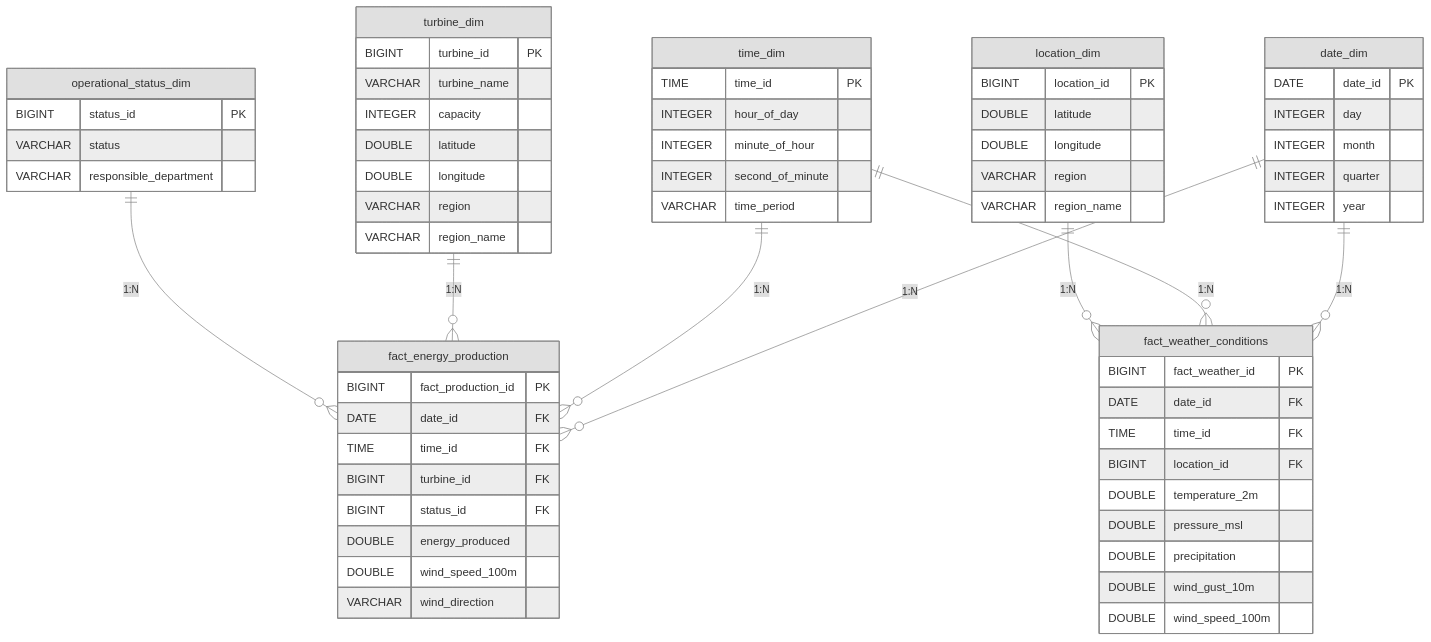
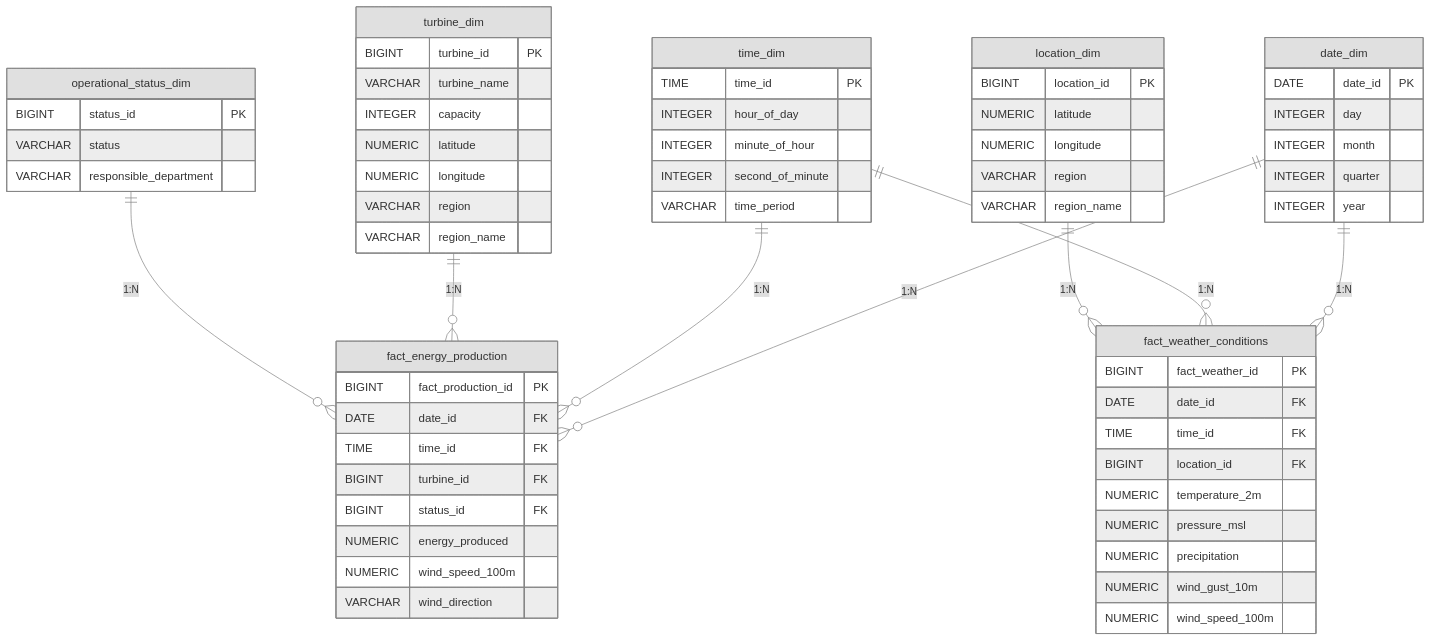
The diagram in gold_notebooks/star_schema_diagram.md (michbat/Final_ELT_Project), drawn with Mermaid before and after one commit. The commit also changed 3 other files, not shown here.

````diff
--- a/gold_notebooks/star_schema_diagram.md
+++ b/gold_notebooks/star_schema_diagram.md
@@ -9,76 +9,76 @@
 ```mermaid
 %%{init: {'theme':'base', 'themeVariables': { 'primaryColor':'#e0e0e0', 'edgeLabelBackground':'#fff', 'secondaryColor':'#f5f5f5', 'tertiaryColor':'#bdbdbd', 'primaryTextColor':'#333', 'lineColor':'#888', 'primaryBorderColor':'#888'}}}%%
 erDiagram
     date_dim ||--o{ fact_energy_production : "1:N"
     date_dim ||--o{ fact_weather_conditions : "1:N"
     time_dim ||--o{ fact_energy_production : "1:N"
     time_dim ||--o{ fact_weather_conditions : "1:N"
     turbine_dim ||--o{ fact_energy_production : "1:N"
     operational_status_dim ||--o{ fact_energy_production : "1:N"
     location_dim ||--o{ fact_weather_conditions : "1:N"
 
     date_dim {
         DATE date_id PK
         INTEGER day
         INTEGER month
         INTEGER quarter
         INTEGER year
     }
 
     time_dim {
         TIME time_id PK
         INTEGER hour_of_day
         INTEGER minute_of_hour
         INTEGER second_of_minute
         VARCHAR time_period
     }
 
     turbine_dim {
         BIGINT turbine_id PK
         VARCHAR turbine_name
         INTEGER capacity
-        DOUBLE latitude
-        DOUBLE longitude
+        NUMERIC latitude
+        NUMERIC longitude
         VARCHAR region
         VARCHAR region_name
     }
 
     operational_status_dim {
         BIGINT status_id PK
         VARCHAR status
         VARCHAR responsible_department
     }
 
     location_dim {
         BIGINT location_id PK
-        DOUBLE latitude
-        DOUBLE longitude
+        NUMERIC latitude
+        NUMERIC longitude
         VARCHAR region
         VARCHAR region_name
     }
 
     fact_energy_production {
         BIGINT fact_production_id PK
         DATE date_id FK
         TIME time_id FK
         BIGINT turbine_id FK
         BIGINT status_id FK
-        DOUBLE energy_produced
-        DOUBLE wind_speed_100m
+        NUMERIC energy_produced
+        NUMERIC wind_speed_100m
         VARCHAR wind_direction
     }
 
     fact_weather_conditions {
         BIGINT fact_weather_id PK
         DATE date_id FK
         TIME time_id FK
         BIGINT location_id FK
-        DOUBLE temperature_2m
-        DOUBLE pressure_msl
-        DOUBLE precipitation
-        DOUBLE wind_gust_10m
-        DOUBLE wind_speed_100m
+        NUMERIC temperature_2m
+        NUMERIC pressure_msl
+        NUMERIC precipitation
+        NUMERIC wind_gust_10m
+        NUMERIC wind_speed_100m
     }
 
 
 ```
````
